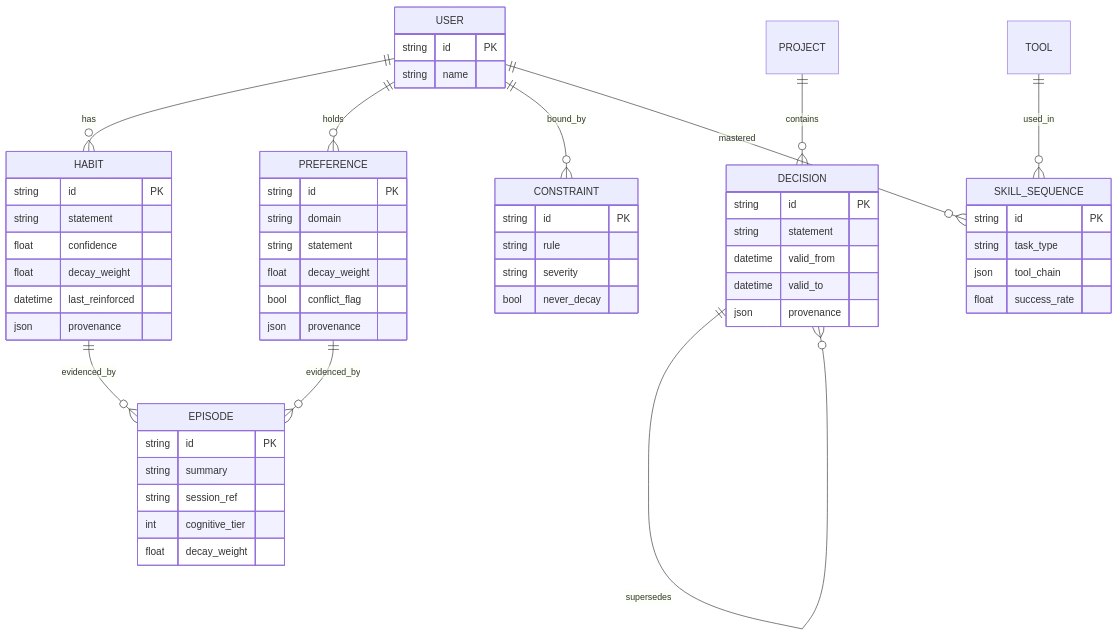
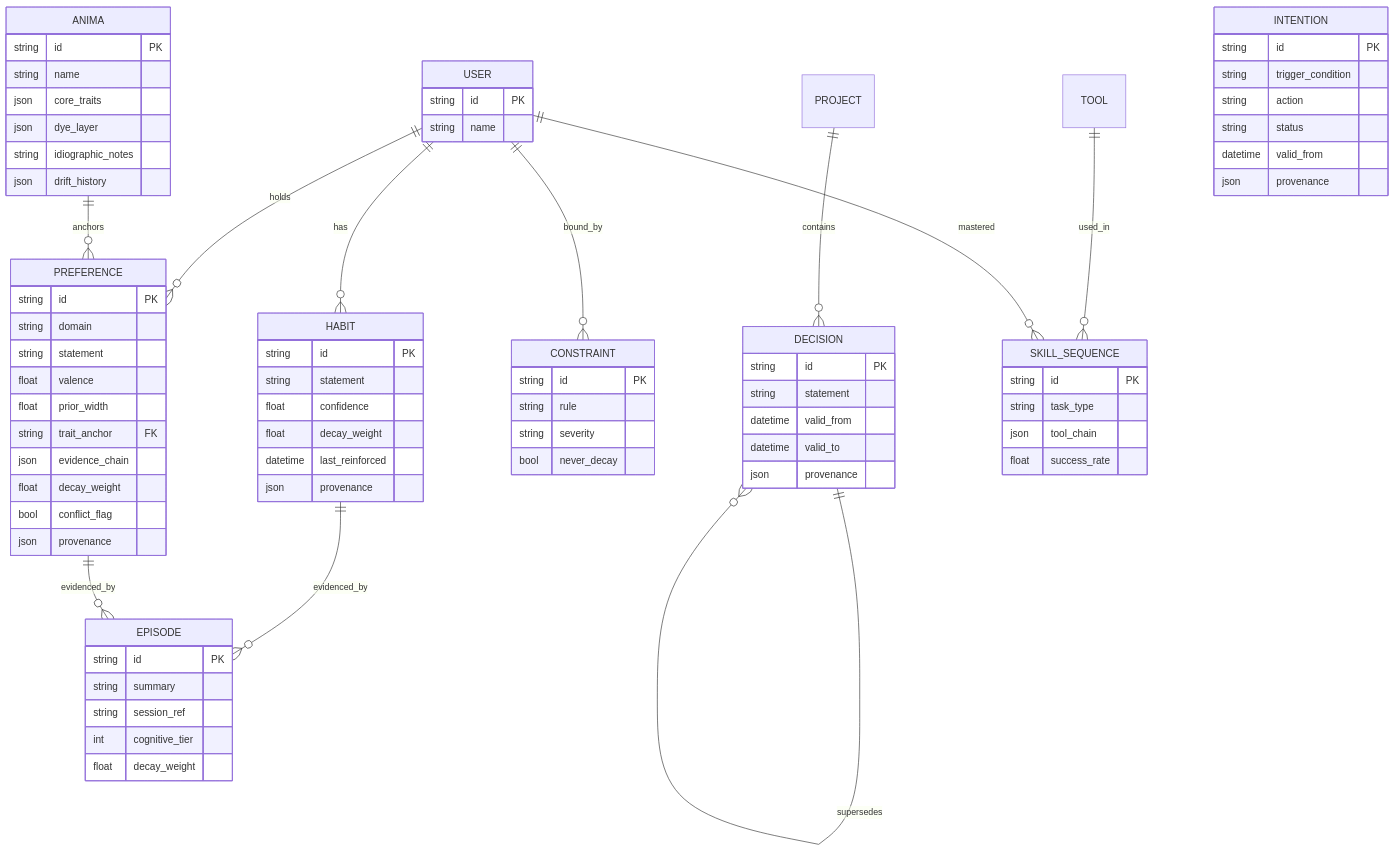
Before and after one commit to MnemoSeed/mnemoseed: the second of 2 diagrams in docs/design/03-存储与检索.md, drawn with Mermaid. The commit also changed other lines of this file and 12 other files, not shown here.

````diff
--- a/docs/design/03-存储与检索.md
+++ b/docs/design/03-存储与检索.md
@@ -85,59 +88,80 @@
 ```mermaid
 erDiagram
     USER ||--o{ HABIT : has
     USER ||--o{ PREFERENCE : holds
+    ANIMA ||--o{ PREFERENCE : anchors
     USER ||--o{ CONSTRAINT : bound_by
     HABIT ||--o{ EPISODE : evidenced_by
     PREFERENCE ||--o{ EPISODE : evidenced_by
     PROJECT ||--o{ DECISION : contains
     DECISION ||--o{ DECISION : supersedes
     TOOL ||--o{ SKILL_SEQUENCE : used_in
     USER ||--o{ SKILL_SEQUENCE : mastered
 
     USER {
         string id PK
         string name
     }
     HABIT {
         string id PK
         string statement
         float confidence
         float decay_weight
         datetime last_reinforced
         json provenance
     }
     PREFERENCE {
         string id PK
         string domain
         string statement
+        float valence
+        float prior_width
+        string trait_anchor FK
+        json evidence_chain
         float decay_weight
         bool conflict_flag
+        json provenance
+    }
+    ANIMA {
+        string id PK
+        string name
+        json core_traits
+        json dye_layer
+        string idiographic_notes
+        json drift_history
+    }
+    INTENTION {
+        string id PK
+        string trigger_condition
+        string action
+        string status
+        datetime valid_from
         json provenance
     }
     CONSTRAINT {
         string id PK
         string rule
         string severity
         bool never_decay
     }
     EPISODE {
         string id PK
         string summary
         string session_ref
         int cognitive_tier
         float decay_weight
     }
     SKILL_SEQUENCE {
         string id PK
         string task_type
         json tool_chain
         float success_rate
     }
     DECISION {
         string id PK
         string statement
         datetime valid_from
         datetime valid_to
         json provenance
     }
 ```
````
